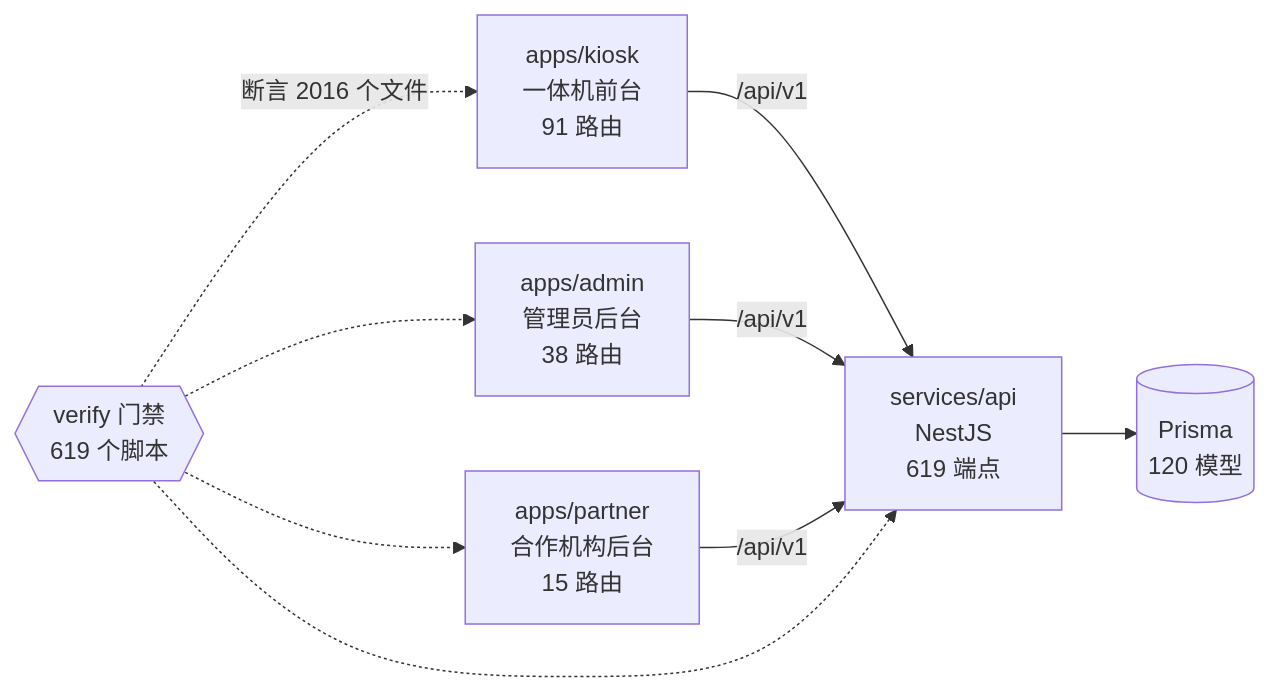
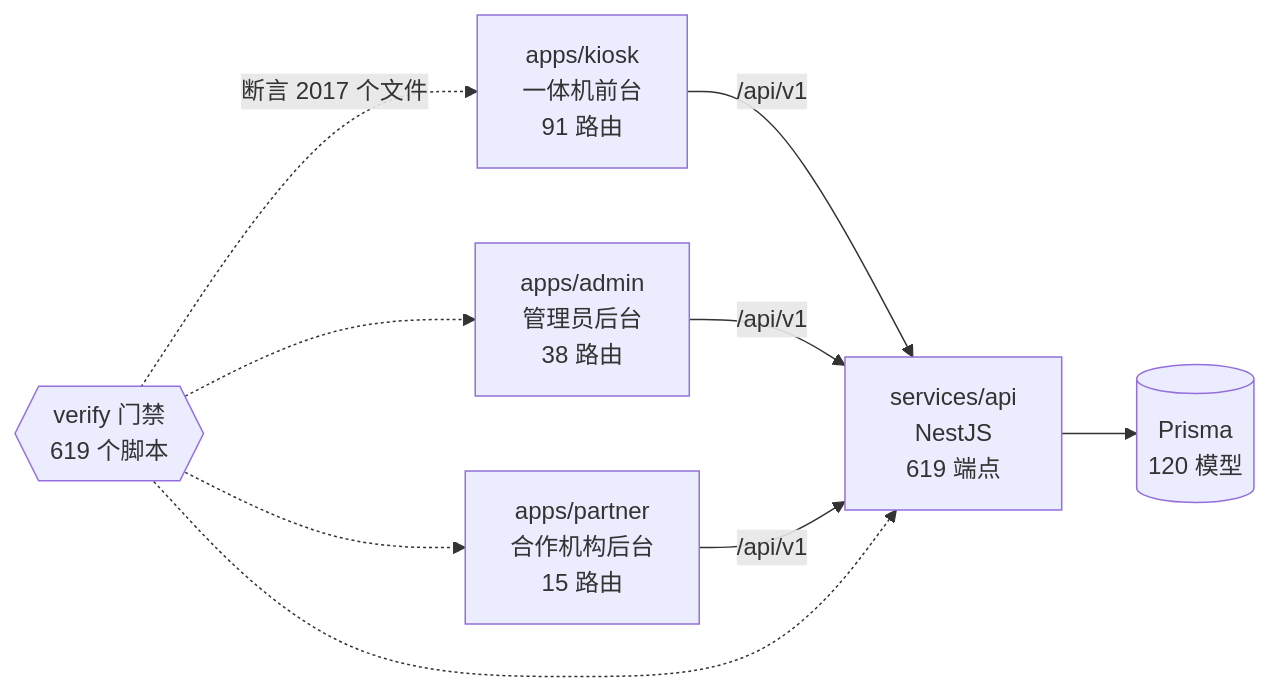
Before and after one commit to wanglei581/YITIJI: the diagram in docs/graph/README.md, drawn with Mermaid. The commit also changed other lines of this file and 14 other files, not shown here.

````diff
--- a/docs/graph/README.md
+++ b/docs/graph/README.md
@@ -68,18 +68,18 @@
 ```mermaid
 flowchart LR
   kiosk["apps/kiosk<br/>一体机前台<br/>91 路由"]
   admin["apps/admin<br/>管理员后台<br/>38 路由"]
   partner["apps/partner<br/>合作机构后台<br/>15 路由"]
   api["services/api<br/>NestJS<br/>619 端点"]
   db[("Prisma<br/>120 模型")]
   gates{{"verify 门禁<br/>619 个脚本"}}
 
   kiosk -->|"/api/v1"| api
   admin -->|"/api/v1"| api
   partner -->|"/api/v1"| api
   api --> db
-  gates -.->|"断言 2016 个文件"| kiosk
+  gates -.->|"断言 2017 个文件"| kiosk
   gates -.-> admin
   gates -.-> partner
   gates -.-> api
 ```
````
